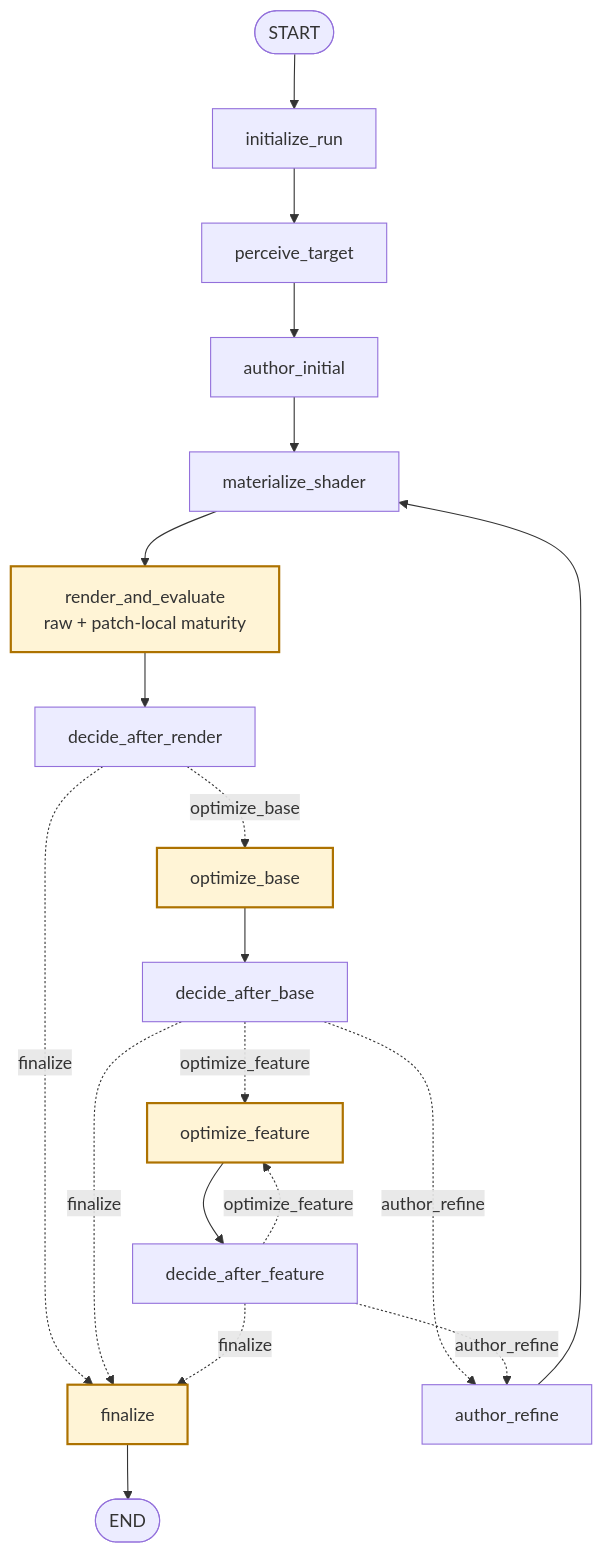
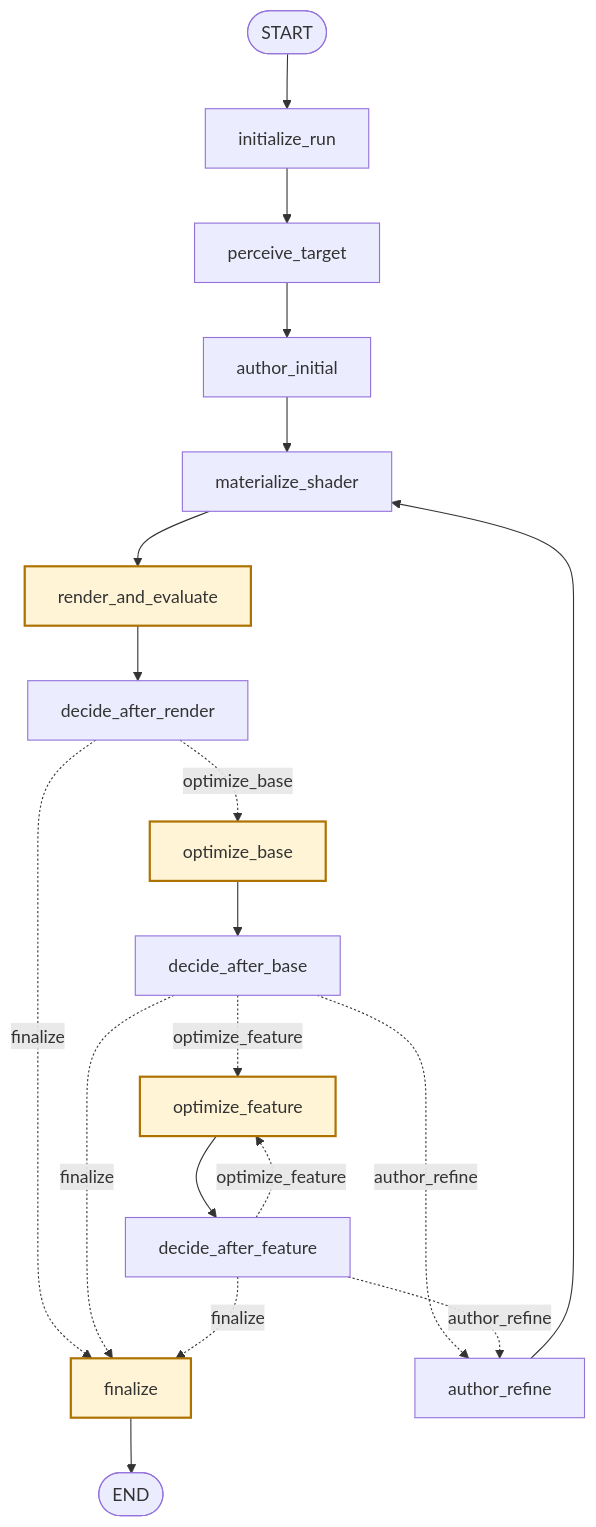
Before and after one commit to TOoSad-deep/ShaderGen: the diagram in src/agent/app/graphs/ARCHITECTURE.md, drawn with Mermaid. The commit also changed other lines of this file and 258 other files, not shown here.

````diff
--- a/src/agent/app/graphs/ARCHITECTURE.md
+++ b/src/agent/app/graphs/ARCHITECTURE.md
@@ -129,26 +21,26 @@
 ```mermaid
 flowchart TD
     START([START])
     END([END])
     START --> initialize_run[initialize_run]
     initialize_run --> perceive_target[perceive_target]
     perceive_target --> author_initial[author_initial]
     author_initial --> materialize_shader[materialize_shader]
-    materialize_shader --> render_and_evaluate[render_and_evaluate<br/>raw + patch-local maturity]
+    materialize_shader --> render_and_evaluate[render_and_evaluate]
     render_and_evaluate --> decide_after_render[decide_after_render]
     decide_after_render -. optimize_base .-> optimize_base[optimize_base]
     decide_after_render -. finalize .-> finalize[finalize]
     optimize_base --> decide_after_base[decide_after_base]
     decide_after_base -. optimize_feature .-> optimize_feature[optimize_feature]
     decide_after_base -. author_refine .-> author_refine[author_refine]
     decide_after_base -. finalize .-> finalize
     optimize_feature --> decide_after_feature[decide_after_feature]
     decide_after_feature -. optimize_feature .-> optimize_feature
     decide_after_feature -. author_refine .-> author_refine
     decide_after_feature -. finalize .-> finalize
     author_refine --> materialize_shader
     finalize --> END
 
     classDef safety fill:#fff4d6,stroke:#ad7200,stroke-width:2px
     class render_and_evaluate,optimize_base,optimize_feature,finalize safety
 ```
````
